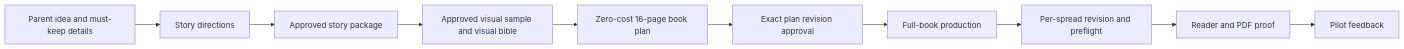
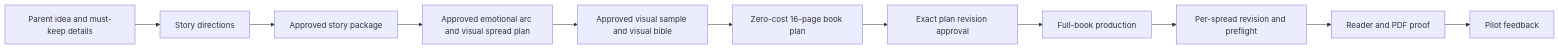
Before and after one commit to bhadrip/kids-book-gen: the second of 4 diagrams in ARCHITECTURE.md, drawn with Mermaid. The commit also changed other lines of this file and 39 other files, not shown here.

````diff
--- a/ARCHITECTURE.md
+++ b/ARCHITECTURE.md
@@ -40,12 +40,13 @@
 ```mermaid
 flowchart LR
   Idea[Parent idea and must-keep details] --> Directions[Story directions]
   Directions --> Story[Approved story package]
-  Story --> Visual[Approved visual sample and visual bible]
+  Story --> VisualPlan[Approved emotional arc and visual spread plan]
+  VisualPlan --> Visual[Approved visual sample and visual bible]
   Visual --> Plan[Zero-cost 16-page book plan]
   Plan --> Approval[Exact plan revision approval]
   Approval --> Production[Full-book production]
   Production --> Revision[Per-spread revision and preflight]
   Revision --> Reader[Reader and PDF proof]
   Reader --> Feedback[Pilot feedback]
 ```
````
